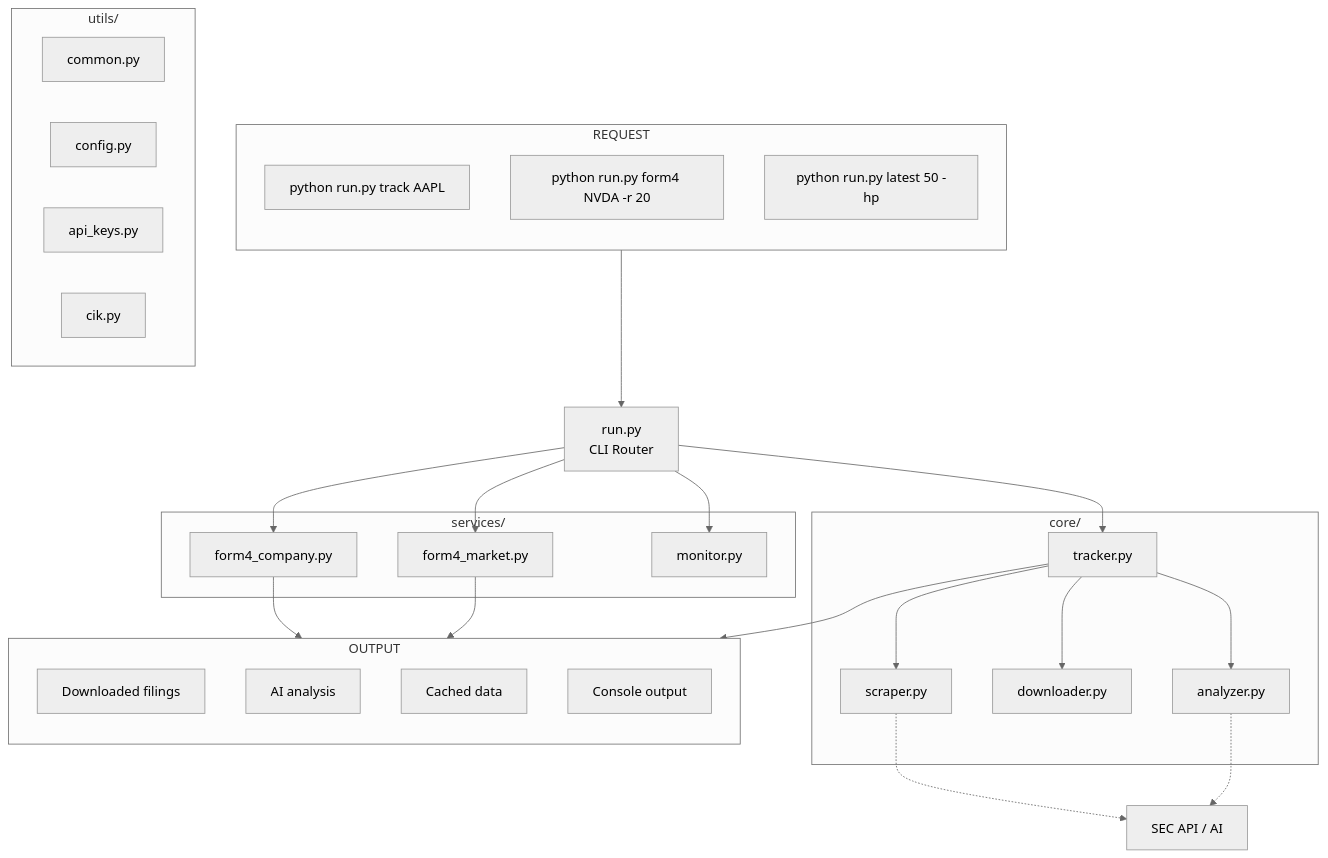
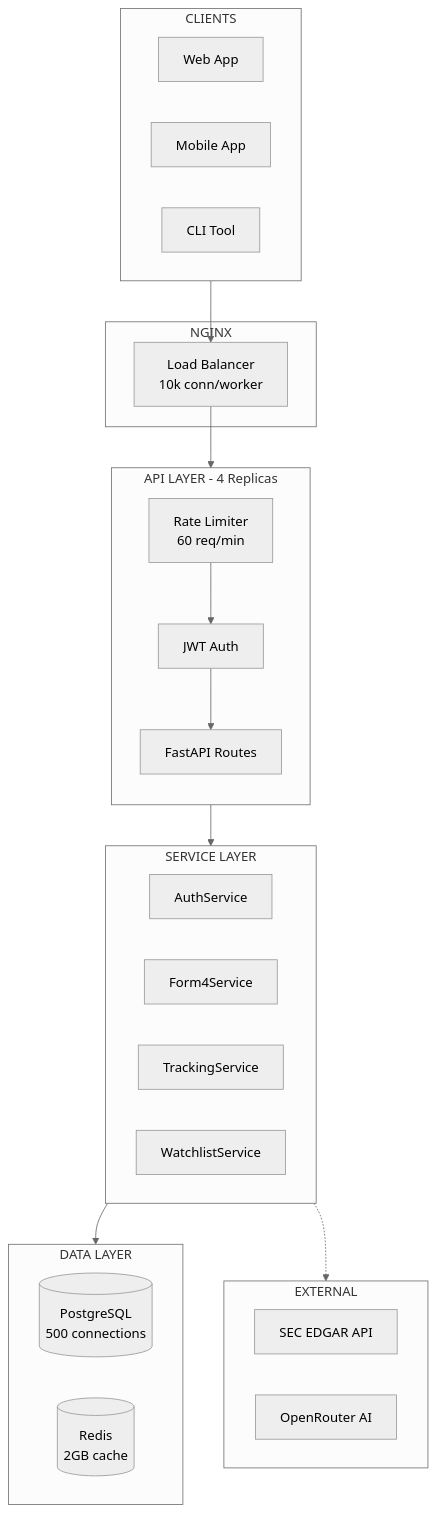
One commit to undeemed/SEC-Tracker changed the first of 2 diagrams in FLOW.md. Above: the diagram before and after it, drawn with Mermaid (neutral theme). The commit also changed other lines of this file and 9 other files, not shown here.

````diff
--- a/FLOW.md
+++ b/FLOW.md
@@ -7,58 +5,44 @@
 ```mermaid
 flowchart TB
-    subgraph Request [REQUEST]
-        direction TB
-        R1[python run.py track AAPL]
-        R2[python run.py form4 NVDA -r 20]
-        R3[python run.py latest 50 -hp]
+    subgraph Clients [CLIENTS]
+        Web[Web App]
+        Mobile[Mobile App]
+        CLI[CLI Tool]
     end
 
-    Router[run.py<br/>CLI Router]
-
-    subgraph Core [core/]
-        Tracker[tracker.py]
-        Scraper[scraper.py]
-        Downloader[downloader.py]
-        Analyzer[analyzer.py]
+    subgraph LoadBalancer [NGINX]
+        LB[Load Balancer<br/>10k conn/worker]
     end
 
-    subgraph Services [services/]
-        Form4Co[form4_company.py]
-        Form4Mkt[form4_market.py]
-        Monitor[monitor.py]
+    subgraph API [API LAYER - 4 Replicas]
+        direction TB
+        Rate[Rate Limiter<br/>60 req/min]
+        Auth[JWT Auth]
+        Routes[FastAPI Routes]
     end
 
-    subgraph Utils [utils/]
-        Common[common.py]
-        Config[config.py]
-        APIKeys[api_keys.py]
-        CIK[cik.py]
+    subgraph Services [SERVICE LAYER]
+        AuthSvc[AuthService]
+        Form4Svc[Form4Service]
+        TrackSvc[TrackingService]
+        WatchSvc[WatchlistService]
     end
 
-    subgraph Output [OUTPUT]
-        direction TB
-        O1[Downloaded filings]
-        O2[AI analysis]
-        O3[Cached data]
-        O4[Console output]
+    subgraph Data [DATA LAYER]
+        PG[(PostgreSQL<br/>500 connections)]
+        Redis[(Redis<br/>2GB cache)]
     end
 
-    External[SEC API / AI]
+    subgraph External [EXTERNAL]
+        SEC[SEC EDGAR API]
+        AI[OpenRouter AI]
+    end
 
-    Request --> Router
-    Router --> Tracker
-    Router --> Form4Co
-    Router --> Form4Mkt
-    Router --> Monitor
-
-    Tracker --> Scraper
-    Tracker --> Downloader
-    Tracker --> Analyzer
-
-    Scraper -.-> External
-    Analyzer -.-> External
-
-    Tracker --> Output
-    Form4Co --> Output
-    Form4Mkt --> Output
+    Clients --> LB
+    LB --> Rate
+    Rate --> Auth
+    Auth --> Routes
+    Routes --> Services
+    Services --> Data
+    Services -.-> External
 ```
````
